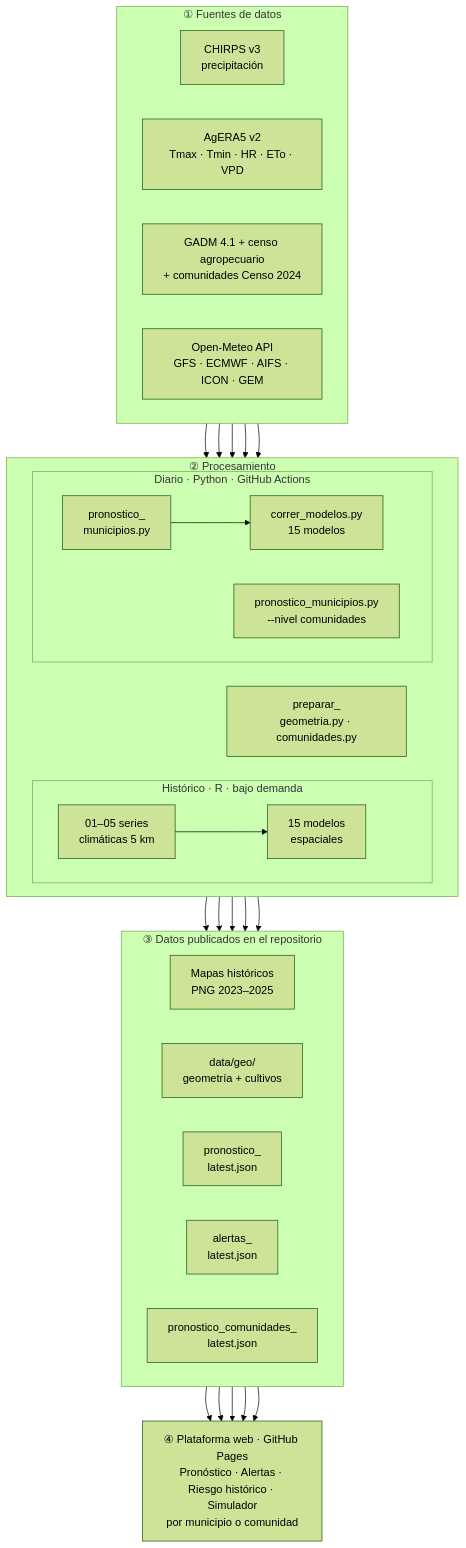
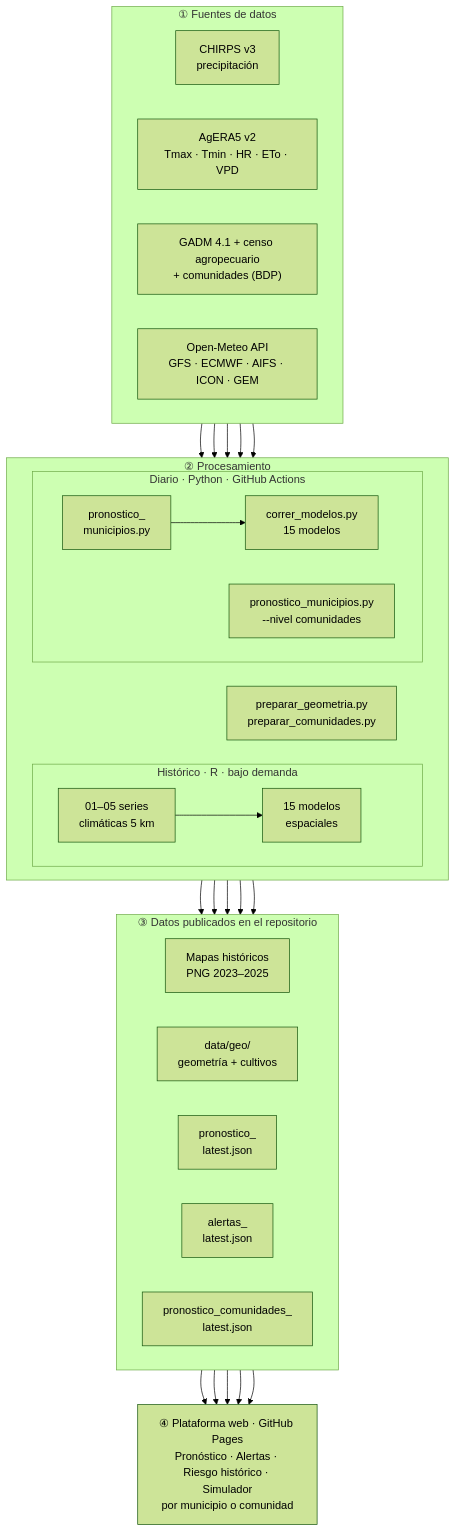
The third of 8 diagrams in README.md (cbarriosperez/Project_Pests_Diseases_Bolivian_Crops), drawn with Mermaid (forest theme) before and after one commit. The commit also changed other lines of this file and 3 other files, not shown here.

````diff
--- a/README.md
+++ b/README.md
@@ -135,44 +135,44 @@
 ```mermaid
 flowchart TB
     subgraph F["① Fuentes de datos"]
         direction LR
         CH["CHIRPS v3<br/>precipitación"]
         AG["AgERA5 v2<br/>Tmax · Tmin · HR · ETo · VPD"]
-        SHP["GADM 4.1 + censo agropecuario<br/>+ comunidades Censo 2024"]
+        SHP["GADM 4.1 + censo agropecuario<br/>+ comunidades (BDP)"]
         OM["Open-Meteo API<br/>GFS · ECMWF · AIFS · ICON · GEM"]
     end
 
     subgraph P["② Procesamiento"]
         direction LR
         subgraph H["Histórico · R · bajo demanda"]
             R1["01–05 series<br/>climáticas 5 km"] --> R2["15 modelos<br/>espaciales"]
         end
         subgraph D["Diario · Python · GitHub Actions"]
             P1["pronostico_<br/>municipios.py"] --> P2["correr_modelos.py<br/>15 modelos"]
             P3["pronostico_municipios.py<br/>--nivel comunidades"]
         end
-        P0["preparar_<br/>geometria.py · comunidades.py"]
+        P0["preparar_geometria.py<br/>preparar_comunidades.py"]
     end
 
     subgraph REPO["③ Datos publicados en el repositorio"]
         direction LR
         S["Mapas históricos<br/>PNG 2023–2025"]
         G["data/geo/<br/>geometría + cultivos"]
         J1["pronostico_<br/>latest.json"]
         J2["alertas_<br/>latest.json"]
         J3["pronostico_comunidades_<br/>latest.json"]
     end
 
     W["④ Plataforma web · GitHub Pages<br/>Pronóstico · Alertas · Riesgo histórico · Simulador<br/>por municipio o comunidad"]
 
     CH & AG --> R1
     SHP --> P0
     OM --> P1
     R2 --> S
     P0 --> G
     P1 --> J1
     P2 --> J2
     OM --> P3
     P3 --> J3
     S & G & J1 & J2 & J3 --> W
 ```
````
